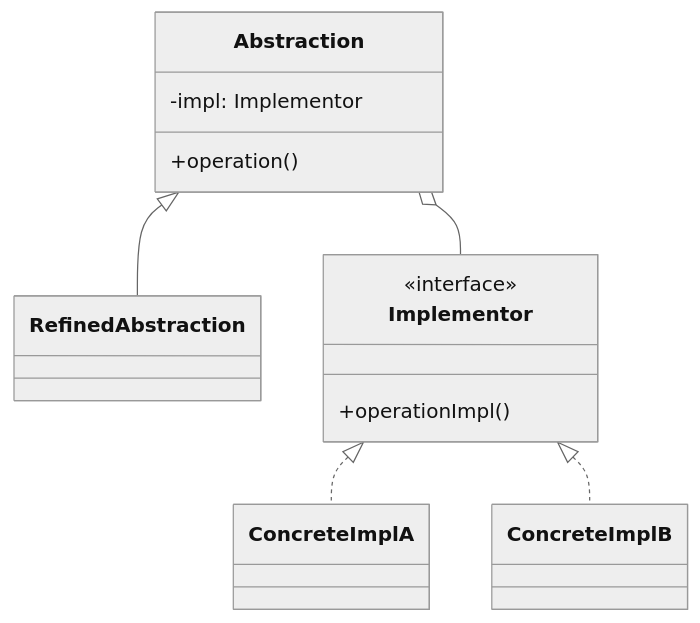
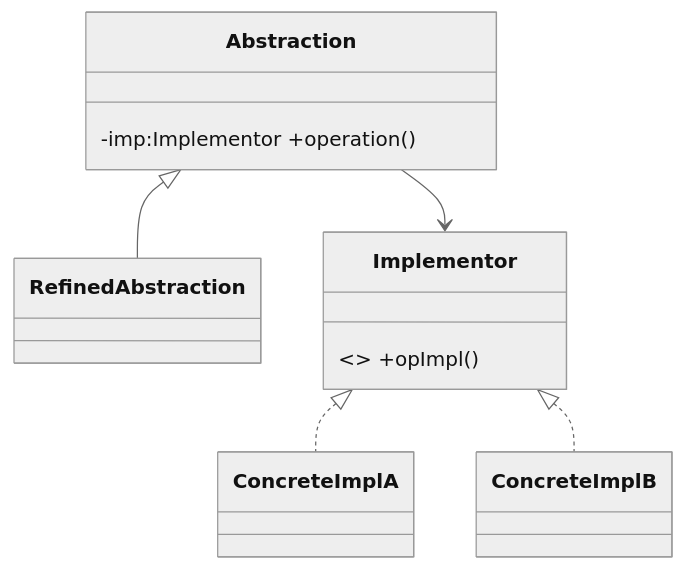
Before and after one commit to apdaza/gof-patterns-in-pygame: the seventh of 23 diagrams in README.md, drawn with Mermaid (neutral theme). The commit also changed other lines of this file, not shown here.

````diff
--- a/README.md
+++ b/README.md
@@ -159,20 +293,12 @@
 ```mermaid
 classDiagram
-    direction TD
-    class Abstraction {
-      -impl: Implementor
-      +operation()
-    }
-    class RefinedAbstraction
-    class Implementor {
-      <<interface>>
-      +operationImpl()
-    }
-    class ConcreteImplA
-    class ConcreteImplB
-
-    Abstraction <|-- RefinedAbstraction
-    Implementor <|.. ConcreteImplA
-    Implementor <|.. ConcreteImplB
-    Abstraction o-- Implementor
+class Abstraction{-imp:Implementor +operation()}
+class RefinedAbstraction
+class Implementor{<<interface>> +opImpl()}
+class ConcreteImplA
+class ConcreteImplB
+Abstraction <|-- RefinedAbstraction
+Implementor <|.. ConcreteImplA
+Implementor <|.. ConcreteImplB
+Abstraction --> Implementor
 ```
````
